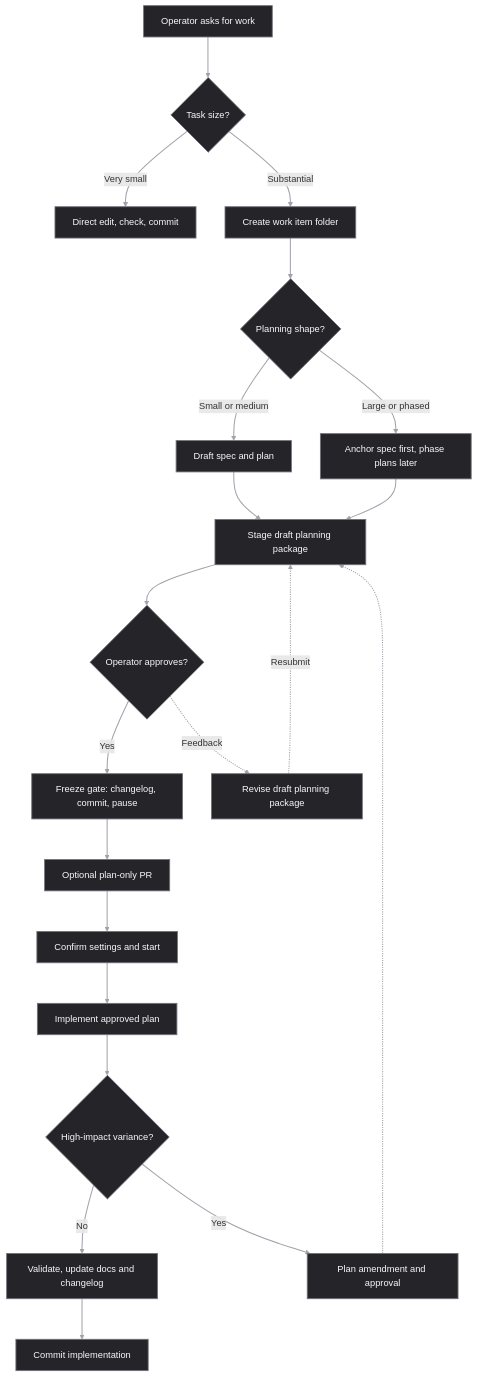
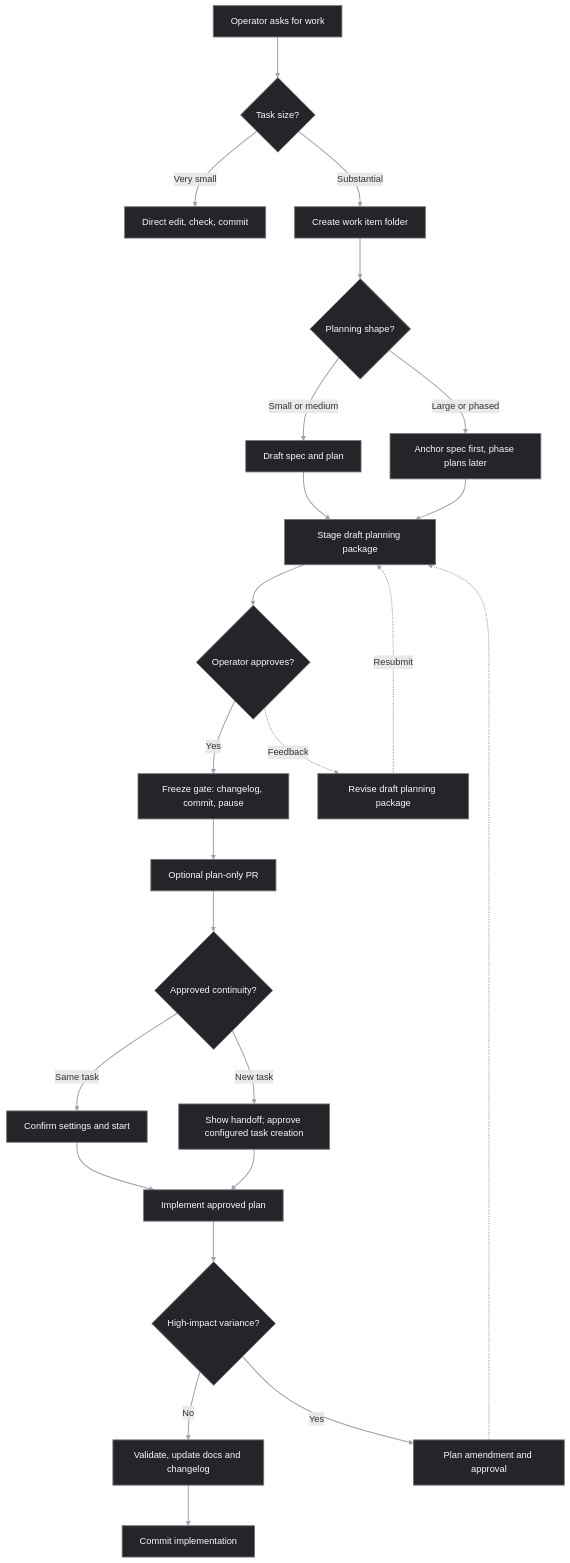
The diagram in README.md (itxyzzz/dev-doc-harness), drawn with Mermaid before and after one commit. The commit also changed other lines of this file and 19 other files, not shown here.

Commit message:
docs: new-task-handoff-visibility -- create configured continuity tasks

````diff
--- a/README.md
+++ b/README.md
@@ -24,41 +24,44 @@
 ```mermaid
 %%{init: {
   "flowchart": {
     "curve": "basis",
     "nodeSpacing": 50,
     "rankSpacing": 70
   }
 }}%%
 
 flowchart TD
     A["Operator asks for work"]:::house --> B{"Task size?"}:::house
     B -->|Very small| C["Direct edit, check, commit"]:::house
     B -->|Substantial| D["Create work item folder"]:::house
 
     D --> E{"Planning shape?"}:::house
     E -->|Small or medium| F["Draft spec and plan"]:::house
     E -->|Large or phased| G["Anchor spec first, phase plans later"]:::house
 
     F --> H["Stage draft planning package"]:::house
     G --> H
 
     H --> I{"Operator approves?"}:::house
     I -->|Yes| J["Freeze gate: changelog, commit, pause"]:::house
 
     I -.->|Feedback| R["Revise draft planning package"]:::house
     R -.->|Resubmit| H
 
     J --> O["Optional plan-only PR"]:::house
-    O --> P["Confirm settings and start"]:::house
-    P --> Q["Implement approved plan"]:::house
+    O --> P{"Approved continuity?"}:::house
+    P -->|Same task| S["Confirm settings and start"]:::house
+    P -->|New task| T["Show handoff; approve configured task creation"]:::house
+    S --> Q["Implement approved plan"]:::house
+    T --> Q
     Q --> K{"High-impact variance?"}:::house
 
     K -->|No| L["Validate, update docs and changelog"]:::house
     L --> M["Commit implementation"]:::house
 
     K -->|Yes| N["Plan amendment and approval"]:::house
     N -.-> H
 
     classDef house fill:#242429,stroke:#71717a,stroke-width:1.5px,color:#fafafa
     linkStyle default stroke:#a1a1aa,stroke-width:1.75px
 ```
````
